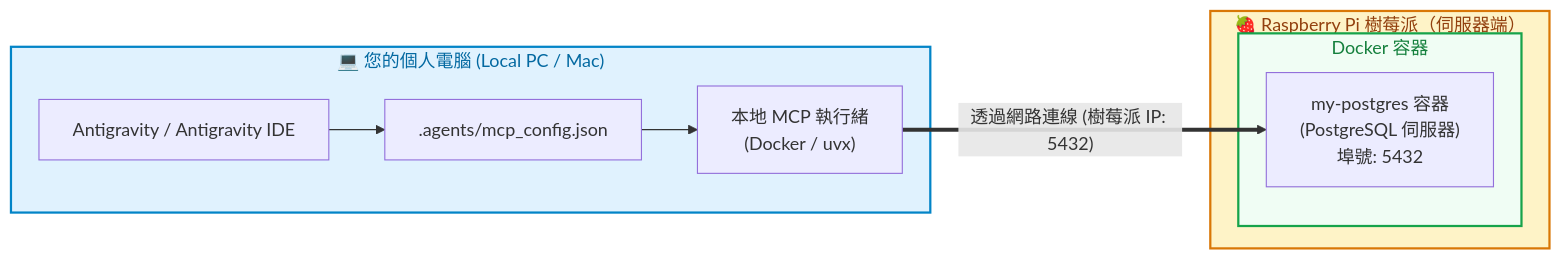
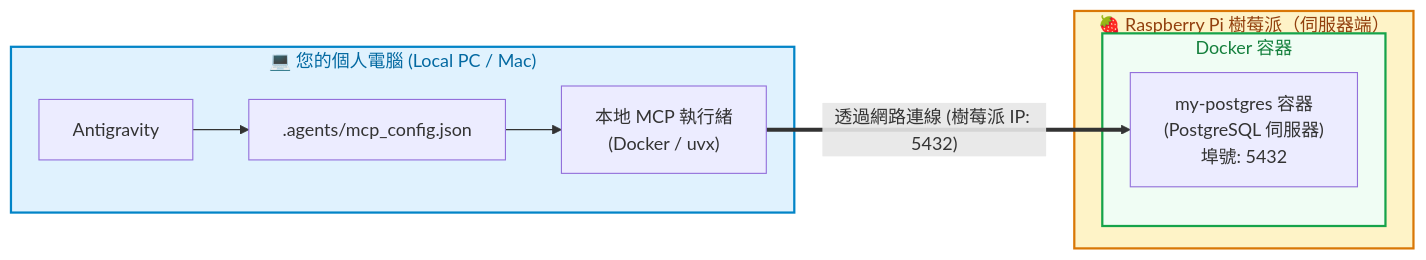
One commit to roberthsu2003/postgreSQL_MCP changed the diagram in raspberry_docker安裝/4_單獨安裝mcp_server.md. Above: the diagram before and after it, drawn with Mermaid. The commit also changed 7 other files, not shown here.

Commit message:
docs: update documentation and learning roadmap for MCP server guides

````diff
--- a/raspberry_docker安裝/4_單獨安裝mcp_server.md
+++ b/raspberry_docker安裝/4_單獨安裝mcp_server.md
@@ -11,24 +11,24 @@
 ```mermaid
 graph LR
     subgraph Local ["💻 您的個人電腦 (Local PC / Mac)"]
-        AG["Antigravity / Antigravity IDE"]
+        AG["Antigravity"]
         Config[".agents/mcp_config.json"]
         MCPRunner["本地 MCP 執行緒<br/>(Docker / uvx)"]
         AG --> Config --> MCPRunner
     end
 
     subgraph Pi ["🍓 Raspberry Pi 樹莓派（伺服器端）"]
         subgraph Docker ["Docker 容器"]
             PG["my-postgres 容器<br/>(PostgreSQL 伺服器)<br/>埠號: 5432"]
         end
     end
 
     MCPRunner ==>|"透過網路連線 (樹莓派 IP: 5432)"| PG
 
     classDef client fill:#e0f2fe,stroke:#0284c7,stroke-width:2px,color:#0369a1
     classDef server fill:#fef3c7,stroke:#d97706,stroke-width:2px,color:#92400e
     classDef docker fill:#f0fdf4,stroke:#16a34a,stroke-width:2px,color:#15803d
     class Local client
     class Pi server
     class Docker docker
 ```
````
